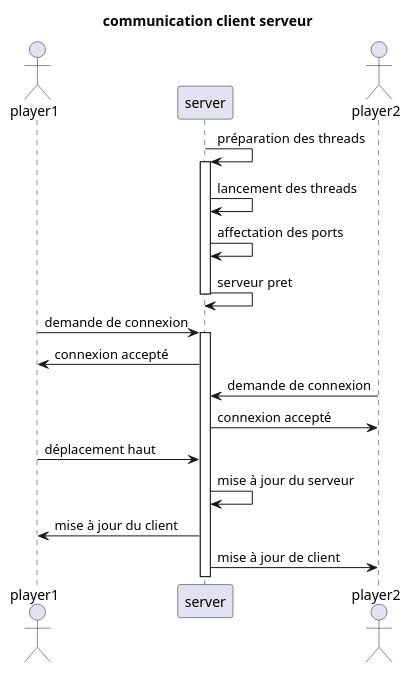
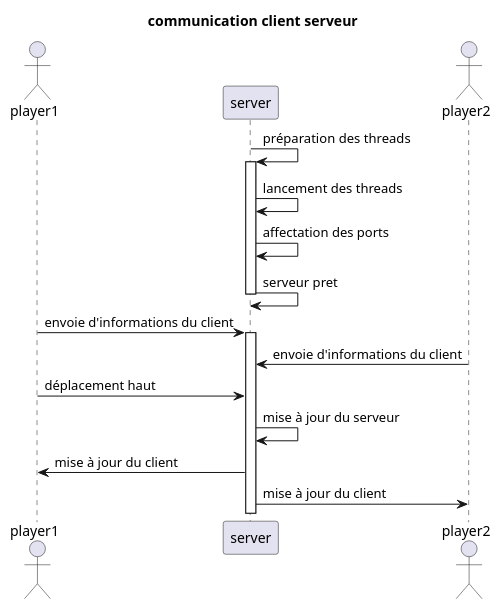
One commit to MatteoDeVita/R-Type-multiplayer changed the diagram in doc/communication_uml_seq.plantuml. Above: the diagram before and after it, drawn with PlantUML. The commit also changed 1 other file, not shown here.

Commit message:
editing uml for udp protocol

```diff
--- a/doc/communication_uml_seq.plantuml
+++ b/doc/communication_uml_seq.plantuml
@@ -1,19 +1,17 @@
 @startuml
 title communication client serveur
 actor player2 order 30
 actor player1 order 10
 participant server order 20
 
 server -> server  ++ : préparation des threads
 server -> server : lancement des threads
 server -> server : affectation des ports
 server -> server -- : serveur pret
-player1 -> server ++ : demande de connexion
-server -> player1 : connexion accepté
-player2 -> server : demande de connexion
-server -> player2 : connexion accepté
+player1 -> server ++ : envoie d'informations du client
+player2 -> server : envoie d'informations du client
 player1 -> server : déplacement haut
 server -> server : mise à jour du serveur
 server -> player1 : mise à jour du client
-server -> player2 : mise à jour de client
+server -> player2 : mise à jour du client
 @enduml
```
